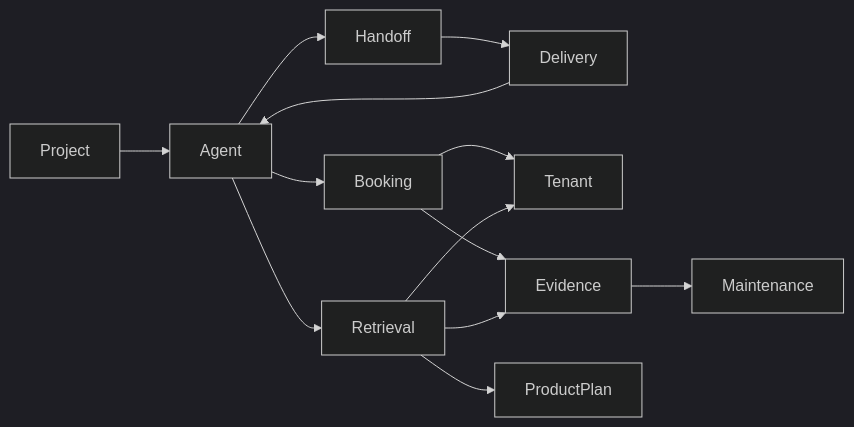
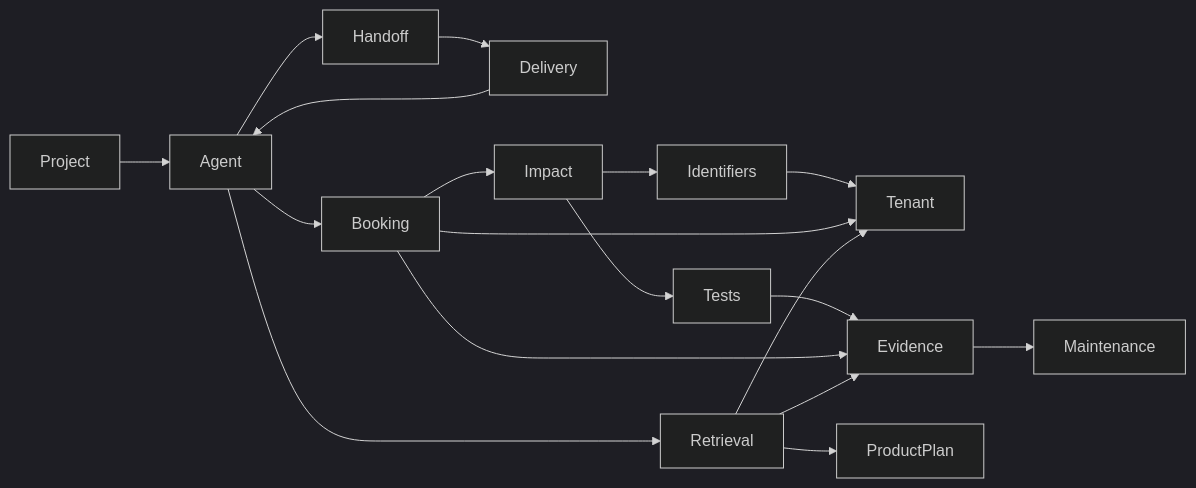
One commit to DecoyINDIA/vaani changed the diagram in docs/knowledge/index.md. Above: the diagram before and after it, drawn with Mermaid (dark theme). The commit also changed other lines of this file and 10 other files, not shown here.

````diff
--- a/docs/knowledge/index.md
+++ b/docs/knowledge/index.md
@@ -21,15 +26,20 @@
 ```mermaid
 flowchart LR
     Project --> Agent
     Agent --> Booking
     Agent --> Retrieval
     Agent --> Handoff
     Delivery --> Agent
+    Booking --> Impact
+    Impact --> Identifiers
+    Impact --> Tests
+    Identifiers --> Tenant
+    Tests --> Evidence
     Booking --> Tenant
     Retrieval --> Tenant
     Handoff --> Delivery
     Booking --> Evidence
     Retrieval --> Evidence
     Evidence --> Maintenance
     Retrieval --> ProductPlan
 ```
````
